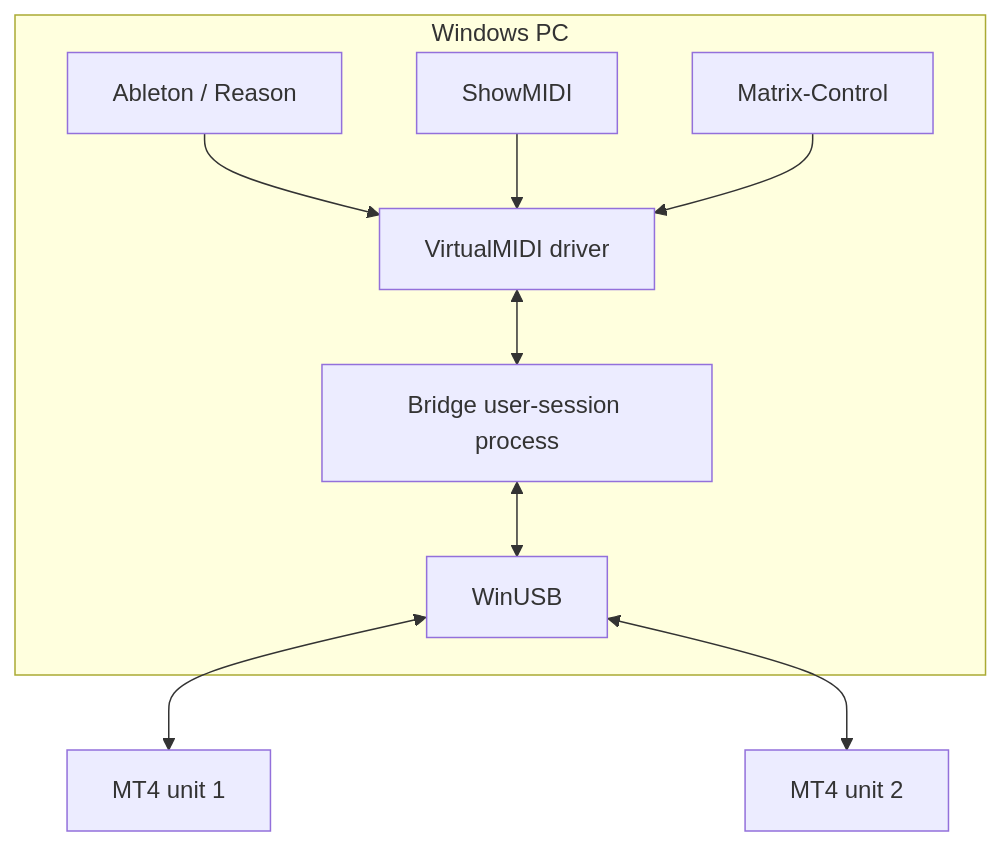
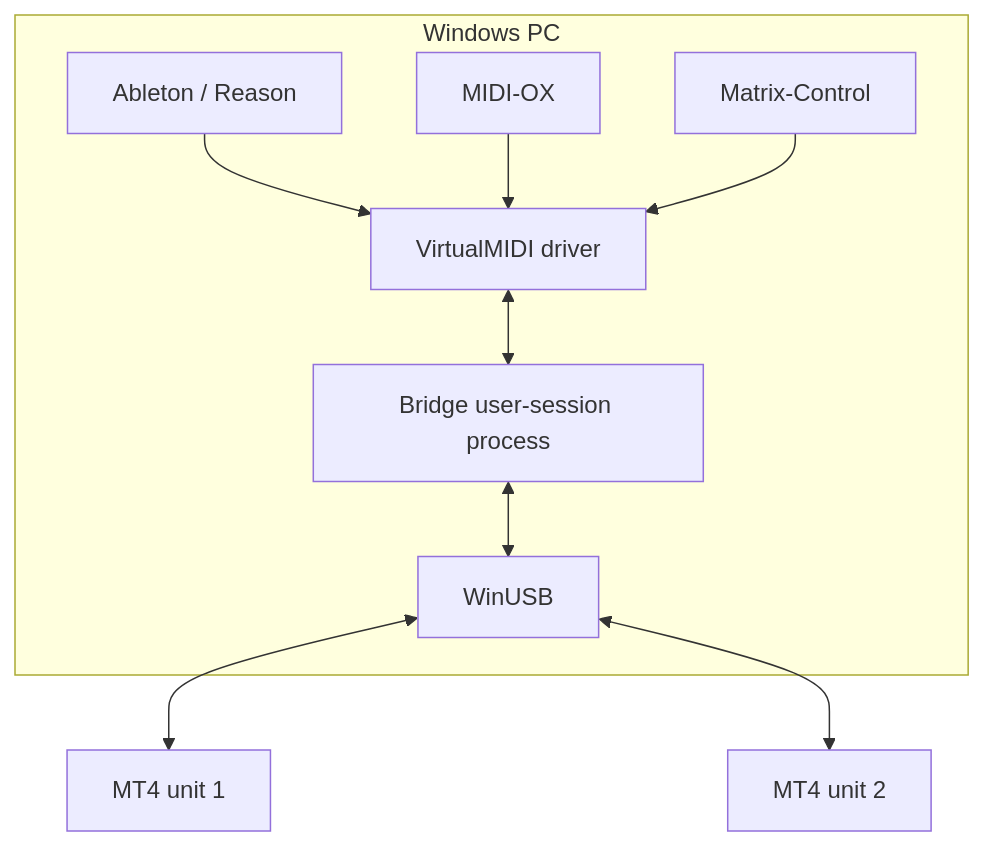
Before and after one commit to tensquaresoftware/unitor-win64-driver: the third of 3 diagrams in _bmad-output/planning-artifacts/architecture/architecture-unitor-win64-driver-2026-08-04/ARCHITECTURE-SPINE.md, drawn with Mermaid. The commit also changed other lines of this file and 47 other files, not shown here.

````diff
--- a/_bmad-output/planning-artifacts/architecture/architecture-unitor-win64-driver-2026-08-04/ARCHITECTURE-SPINE.md
+++ b/_bmad-output/planning-artifacts/architecture/architecture-unitor-win64-driver-2026-08-04/ARCHITECTURE-SPINE.md
@@ -272,20 +272,20 @@
 ```mermaid
 flowchart TB
   subgraph pc [Windows PC]
     DAW[Ableton / Reason]
-    Show[ShowMIDI]
+    Show[MIDI-OX]
     MC[Matrix-Control]
     Bridge[Bridge user-session process]
     VMd[VirtualMIDI driver]
     WUd[WinUSB]
   end
   MT4a[MT4 unit 1]
   MT4b[MT4 unit 2]
   DAW --> VMd
   Show --> VMd
   MC --> VMd
   VMd <--> Bridge
   Bridge <--> WUd
   WUd <--> MT4a
   WUd <--> MT4b
 ```
````
